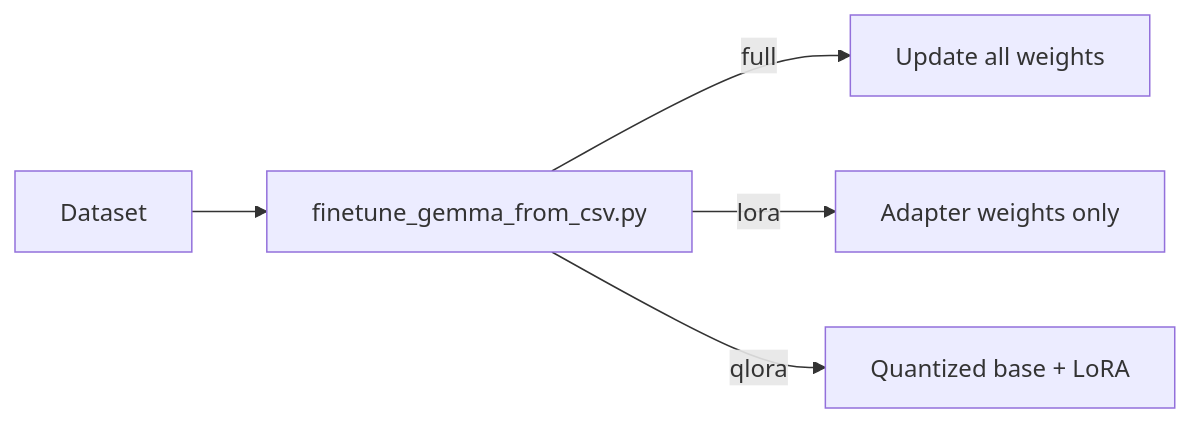
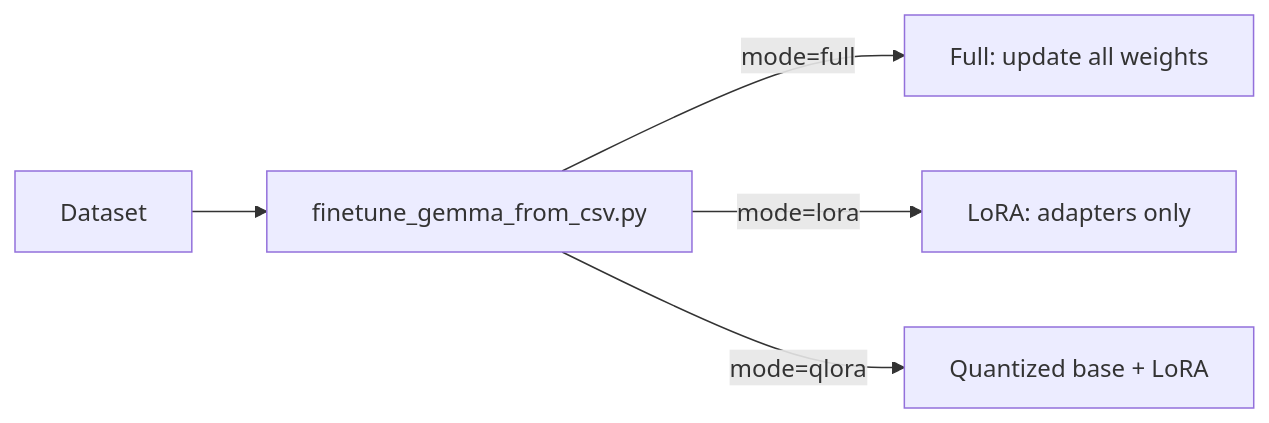
Before and after one commit to ryanky31-code/model-training-gemma270m: the third of 4 diagrams in docs/TUTORIAL_A_TO_Z.md, drawn with Mermaid. The commit also changed other lines of this file, not shown here.

````diff
--- a/docs/TUTORIAL_A_TO_Z.md
+++ b/docs/TUTORIAL_A_TO_Z.md
@@ -141,7 +152,7 @@
 ```mermaid
 flowchart LR
   Data[Dataset] --> Trainer[finetune_gemma_from_csv.py]
-  Trainer -->|full| Full[Update all weights]
-  Trainer -->|lora| LoRA[Adapter weights only]
-  Trainer -->|qlora| QLoRA[Quantized base + LoRA]
+  Trainer -->|mode=full| Full[Full: update all weights]
+  Trainer -->|mode=lora| LoRA[LoRA: adapters only]
+  Trainer -->|mode=qlora| QLoRA[Quantized base + LoRA]
 ```
````
